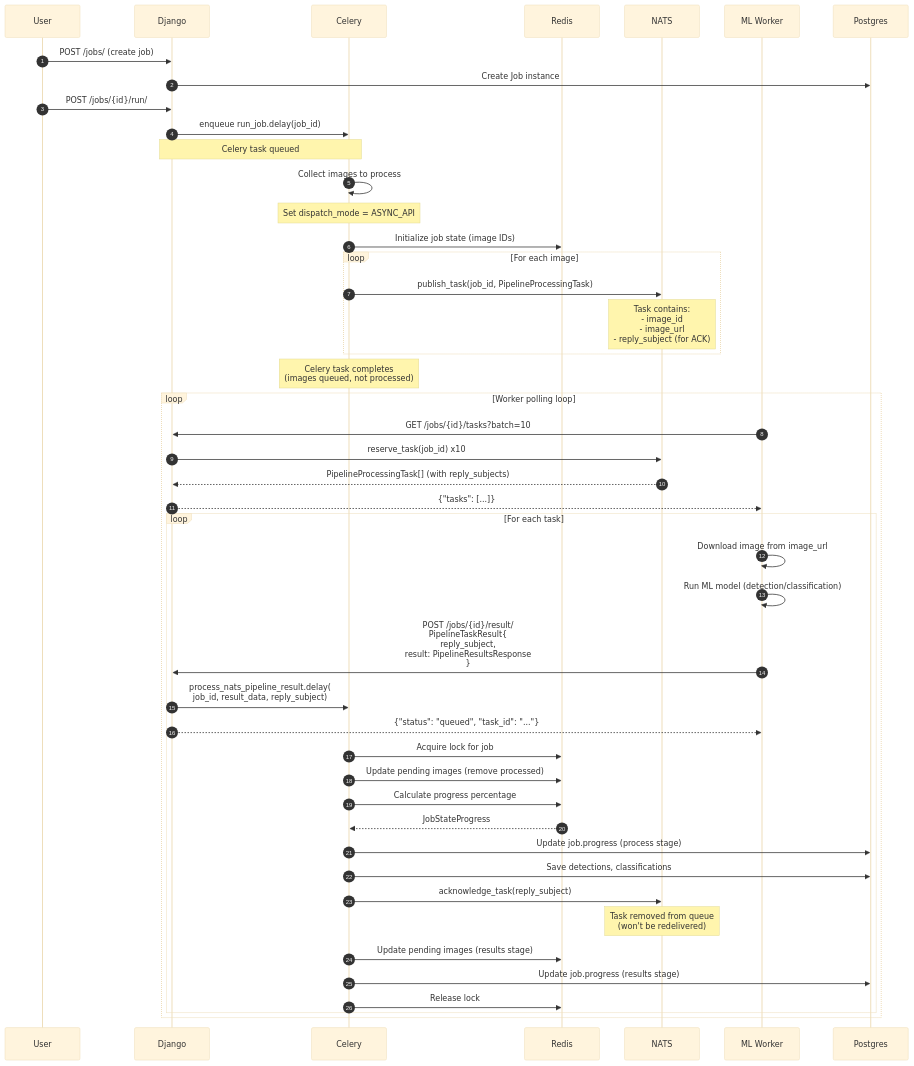
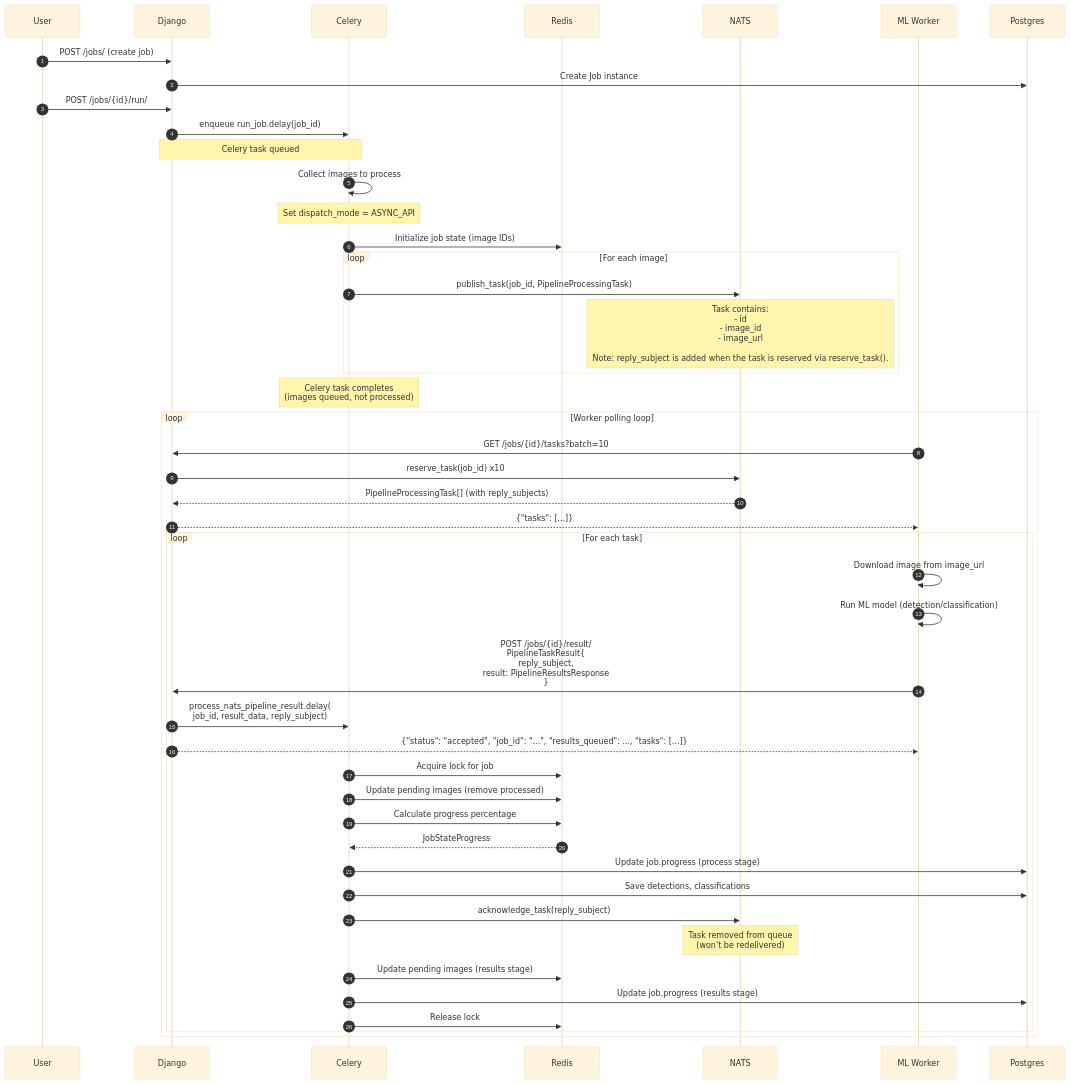
One commit to RolnickLab/antenna changed the diagram in docs/diagrams/async_ml_backend.md. Above: the diagram before and after it, drawn with Mermaid (base theme). The commit also changed other lines of this file, not shown here.

Commit message:
Apply suggestions from code review

````diff
--- a/docs/diagrams/async_ml_backend.md
+++ b/docs/diagrams/async_ml_backend.md
@@ -16,66 +16,66 @@
 ```mermaid
 sequenceDiagram
     autonumber
 
     participant User
     participant Django
     participant Celery
     participant Redis
     participant NATS
     participant Worker as ML Worker
     participant DB as Postgres
 
     %% Job Creation and Setup
     User->>Django: POST /jobs/ (create job)
     Django->>DB: Create Job instance
     User->>Django: POST /jobs/{id}/run/
     Django->>Celery: enqueue run_job.delay(job_id)
     Note over Django,Celery: Celery task queued
 
     %% Job Execution and Image Queuing
     Celery->>Celery: Collect images to process
     Note over Celery: Set dispatch_mode = ASYNC_API
 
     Celery->>Redis: Initialize job state (image IDs)
 
     loop For each image
         Celery->>NATS: publish_task(job_id, PipelineProcessingTask)
-        Note over NATS: Task contains:<br/>- image_id<br/>- image_url<br/>- reply_subject (for ACK)
+        Note over NATS: Task contains:<br/>- id<br/>- image_id<br/>- image_url<br/><br/>Note: reply_subject is added when the task is reserved via reserve_task().
     end
 
     Note over Celery: Celery task completes<br/>(images queued, not processed)
 
     %% Worker Processing Loop
     loop Worker polling loop
         Worker->>Django: GET /jobs/{id}/tasks?batch=10
         Django->>NATS: reserve_task(job_id) x10
         NATS-->>Django: PipelineProcessingTask[] (with reply_subjects)
         Django-->>Worker: {"tasks": [...]}
 
         %% Process each task
         loop For each task
             Worker->>Worker: Download image from image_url
             Worker->>Worker: Run ML model (detection/classification)
             Worker->>Django: POST /jobs/{id}/result/<br/>PipelineTaskResult{<br/>  reply_subject,<br/>  result: PipelineResultsResponse<br/>}
 
             %% Result Processing
             Django->>Celery: process_nats_pipeline_result.delay(<br/>job_id, result_data, reply_subject)
-            Django-->>Worker: {"status": "queued", "task_id": "..."}
+            Django-->>Worker: {"status": "accepted", "job_id": "...", "results_queued": ..., "tasks": [...]}
 
             %% Celery processes result
             Celery->>Redis: Acquire lock for job
             Celery->>Redis: Update pending images (remove processed)
             Celery->>Redis: Calculate progress percentage
             Redis-->>Celery: JobStateProgress
 
             Celery->>DB: Update job.progress (process stage)
             Celery->>DB: Save detections, classifications
             Celery->>NATS: acknowledge_task(reply_subject)
             Note over NATS: Task removed from queue<br/>(won't be redelivered)
 
             Celery->>Redis: Update pending images (results stage)
             Celery->>DB: Update job.progress (results stage)
             Celery->>Redis: Release lock
         end
     end
 ```
````
